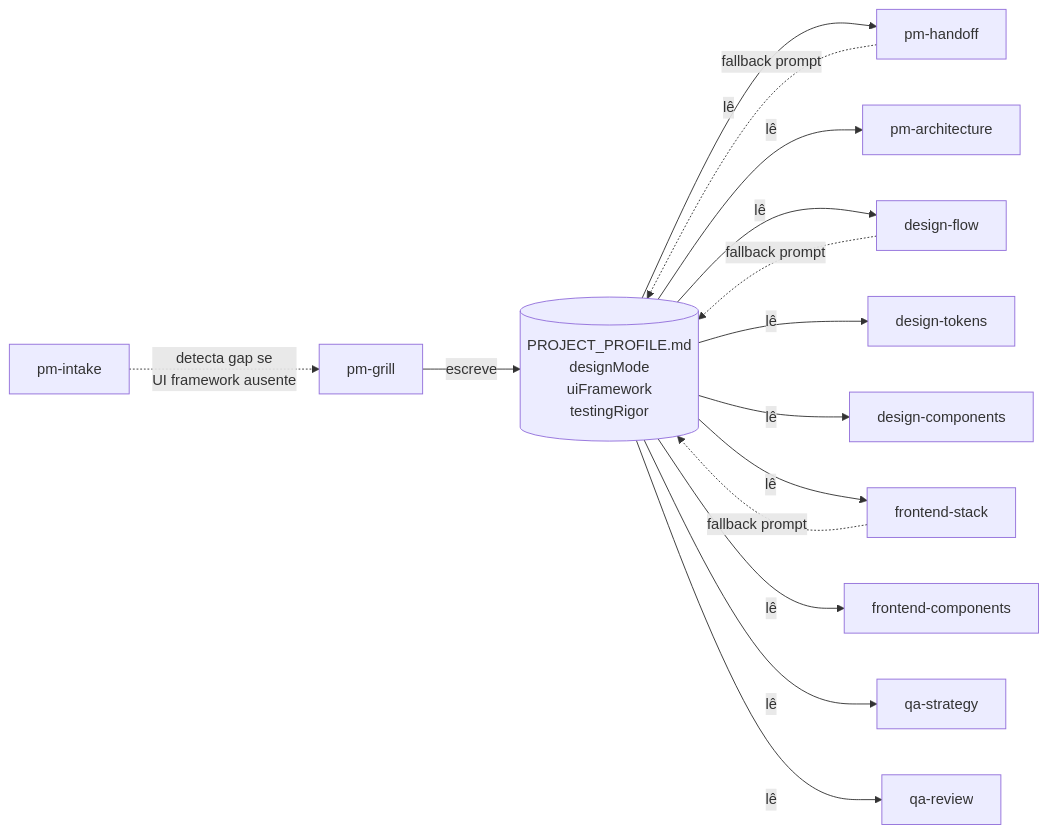
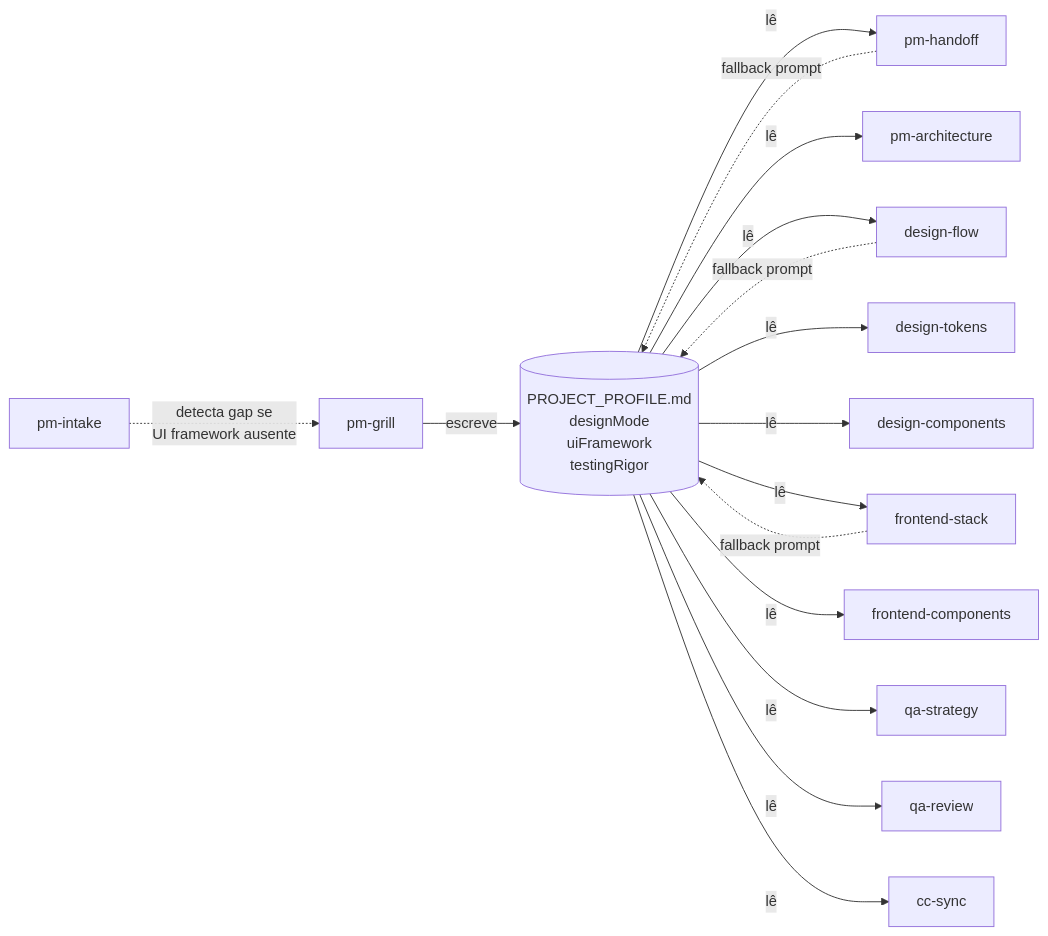
The ninth of 9 diagrams in docs/skills-flow.md (diegocredidio/project-skills), drawn with Mermaid before and after one commit. The commit also changed other lines of this file, not shown here.

Commit message:
docs: add cc-flow mermaid and update flow map

````diff
--- a/docs/skills-flow.md
+++ b/docs/skills-flow.md
@@ -150,17 +173,18 @@
 ```mermaid
 flowchart LR
     PG[pm-grill] -->|escreve| PP[("PROJECT_PROFILE.md<br/>designMode<br/>uiFramework<br/>testingRigor")]
     PI[pm-intake] -.detecta gap se<br/>UI framework ausente.-> PG
     PP -->|lê| PH[pm-handoff]
     PP -->|lê| PA[pm-architecture]
     PP -->|lê| DF[design-flow]
     PP -->|lê| DT[design-tokens]
     PP -->|lê| DC[design-components]
     PP -->|lê| FS[frontend-stack]
     PP -->|lê| FC[frontend-components]
     PP -->|lê| QS[qa-strategy]
     PP -->|lê| QR[qa-review]
+    PP -->|lê| CS[cc-sync]
     PH -.fallback prompt.-> PP
     DF -.fallback prompt.-> PP
     FS -.fallback prompt.-> PP
 ```
````
